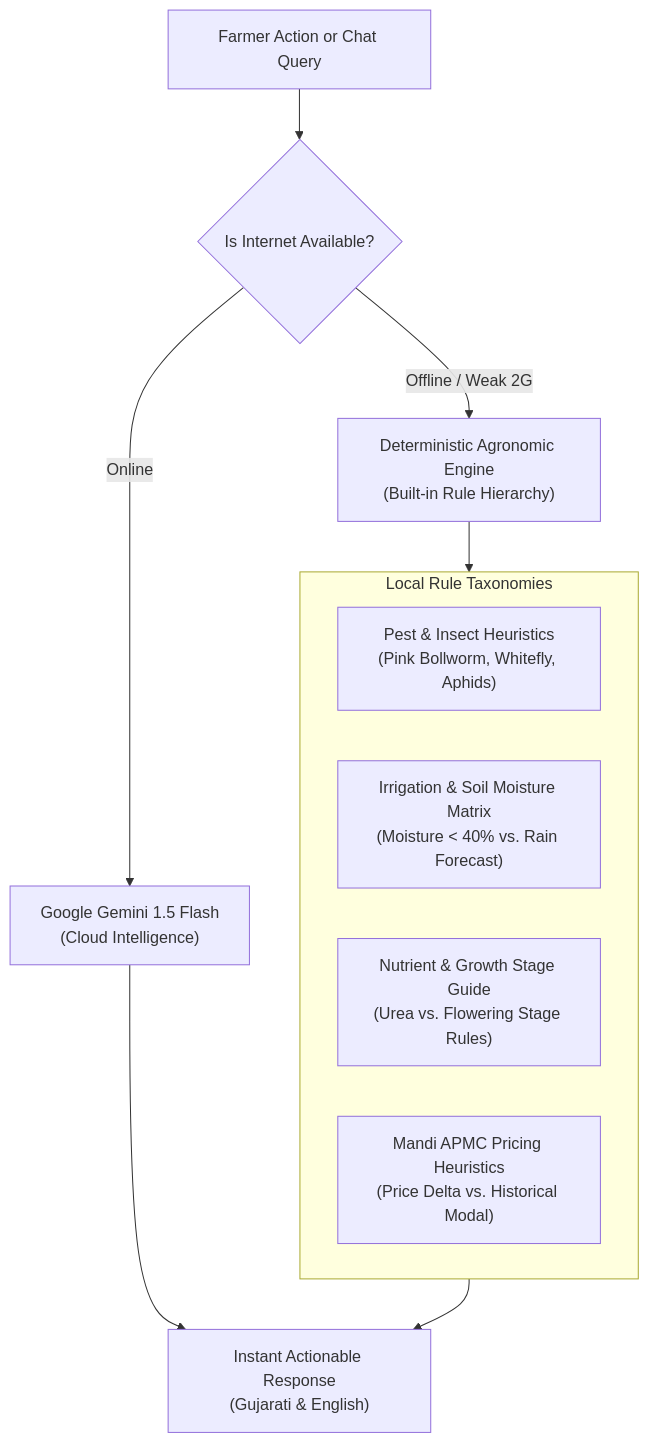
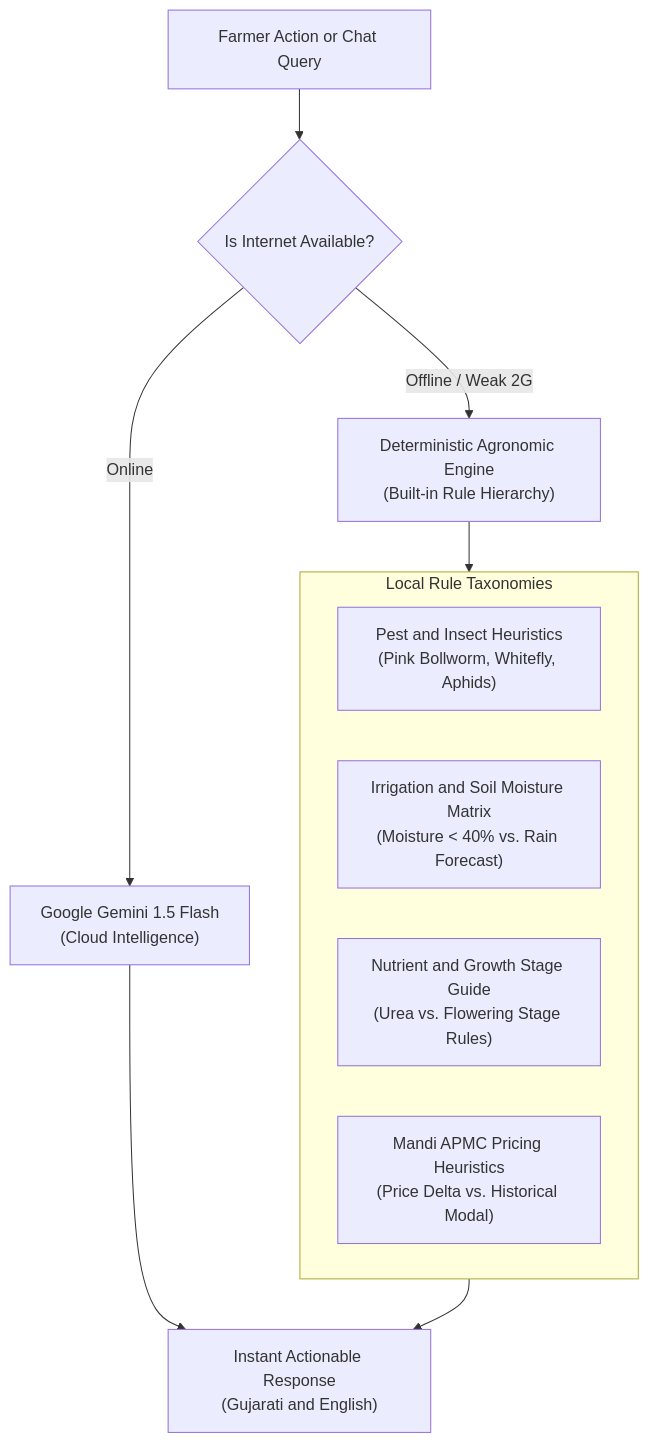
Before and after one commit to Xcoder-69/HACKFORGE: the fourth of 6 diagrams in APP_STRUCTURE.md, drawn with Mermaid. The commit also changed other lines of this file and 3 other files, not shown here.

````diff
--- a/APP_STRUCTURE.md
+++ b/APP_STRUCTURE.md
@@ -197,18 +197,18 @@
 ```mermaid
 flowchart TD
     Query["Farmer Action or Chat Query"] --> NetworkCheck{"Is Internet Available?"}
     
     NetworkCheck -->|Online| CloudAI["Google Gemini 1.5 Flash\n(Cloud Intelligence)"]
     NetworkCheck -->|Offline / Weak 2G| LocalEngine["Deterministic Agronomic Engine\n(Built-in Rule Hierarchy)"]
 
     subgraph Rules ["Local Rule Taxonomies"]
-        PestRule["Pest & Insect Heuristics\n(Pink Bollworm, Whitefly, Aphids)"]
-        WaterRule["Irrigation & Soil Moisture Matrix\n(Moisture < 40% vs. Rain Forecast)"]
-        FertRule["Nutrient & Growth Stage Guide\n(Urea vs. Flowering Stage Rules)"]
+        PestRule["Pest and Insect Heuristics\n(Pink Bollworm, Whitefly, Aphids)"]
+        WaterRule["Irrigation and Soil Moisture Matrix\n(Moisture < 40% vs. Rain Forecast)"]
+        FertRule["Nutrient and Growth Stage Guide\n(Urea vs. Flowering Stage Rules)"]
         MarketRule["Mandi APMC Pricing Heuristics\n(Price Delta vs. Historical Modal)"]
     end
 
     LocalEngine --> Rules
-    Rules --> Result["Instant Actionable Response\n(Gujarati & English)"]
+    Rules --> Result["Instant Actionable Response\n(Gujarati and English)"]
     CloudAI --> Result
 ```
````
